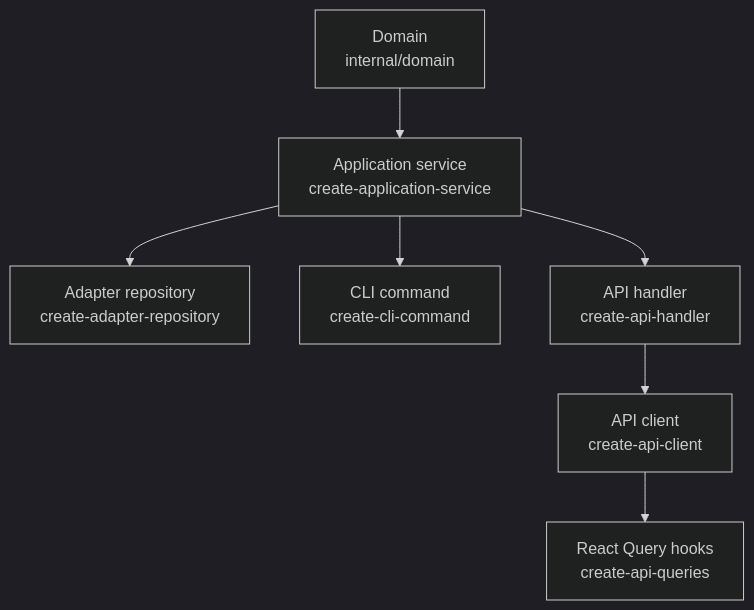
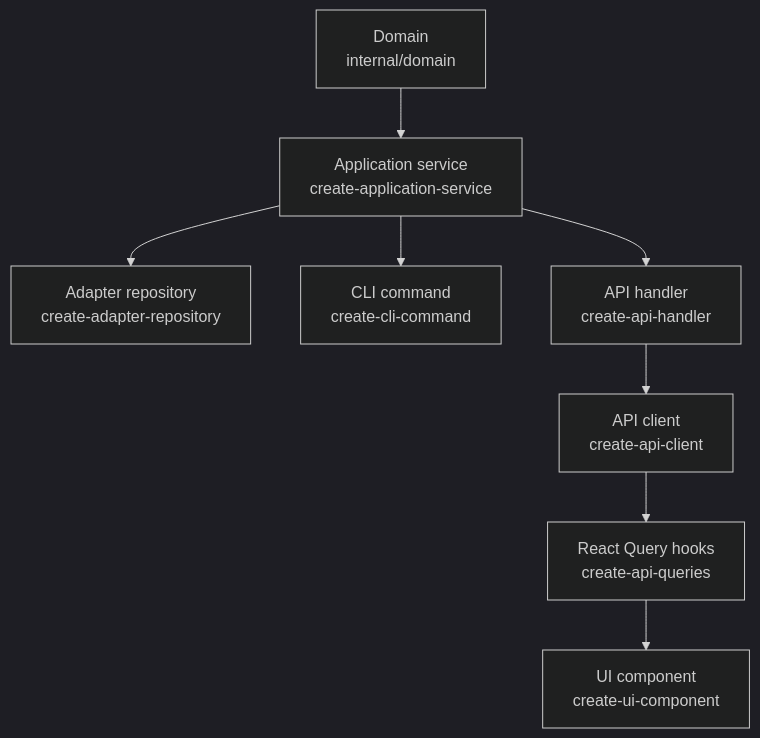
Before and after one commit to bkotos/listello: the diagram in .cursor/skills/LAYER-ORDER.md, drawn with Mermaid (dark theme). The commit also changed other lines of this file and 5 other files, not shown here.

Commit message:
Add create-ui-component skill documentation and examples. Updated LAYER-ORDER.md to include UI components in the development workflow. Enhanced AI tooling documentation to reflect new skill integration and usage guidelines.

````diff
--- a/.cursor/skills/LAYER-ORDER.md
+++ b/.cursor/skills/LAYER-ORDER.md
@@ -9,17 +9,19 @@
 ```mermaid
 flowchart TD
     domain[Domain<br/>internal/domain]
     app[Application service<br/>create-application-service]
     adapter[Adapter repository<br/>create-adapter-repository]
     cli[CLI command<br/>create-cli-command]
     handler[API handler<br/>create-api-handler]
     client[API client<br/>create-api-client]
     queries[React Query hooks<br/>create-api-queries]
+    ui[UI component<br/>create-ui-component]
 
     domain --> app
     app --> adapter
     app --> cli
     app --> handler
     handler --> client
     client --> queries
+    queries --> ui
 ```
````
